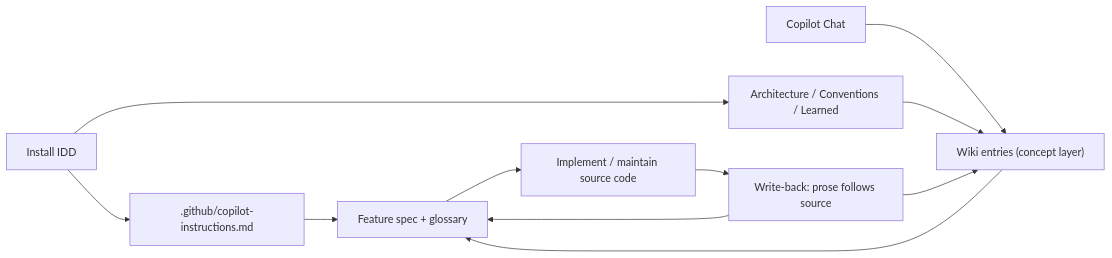
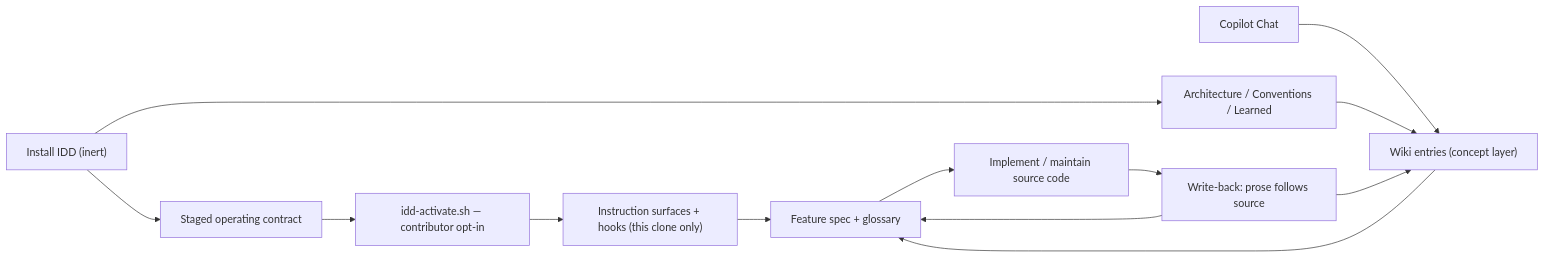
One commit to dan1hc/idd changed the diagram in README.md. Above: the diagram before and after it, drawn with Mermaid. The commit also changed other lines of this file and 27 other files, not shown here.

````diff
--- a/README.md
+++ b/README.md
@@ -57,13 +57,15 @@
 ```mermaid
 flowchart LR
-    install["Install IDD"] --> contract[".github/copilot-instructions.md"]
+    install["Install IDD (inert)"] --> staged["Staged operating contract"]
     install --> context["Architecture / Conventions / Learned"]
+    staged --> activate["idd-activate.sh — contributor opt-in"]
+    activate --> contract["Instruction surfaces + hooks (this clone only)"]
     chat["Copilot Chat"] --> wiki["Wiki entries (concept layer)"]
     context --> wiki
     wiki --> feature["Feature spec + glossary"]
     contract --> feature
     feature --> code["Implement / maintain source code"]
     code --> writeback["Write-back: prose follows source"]
     writeback --> wiki
     writeback --> feature
 ```
````
